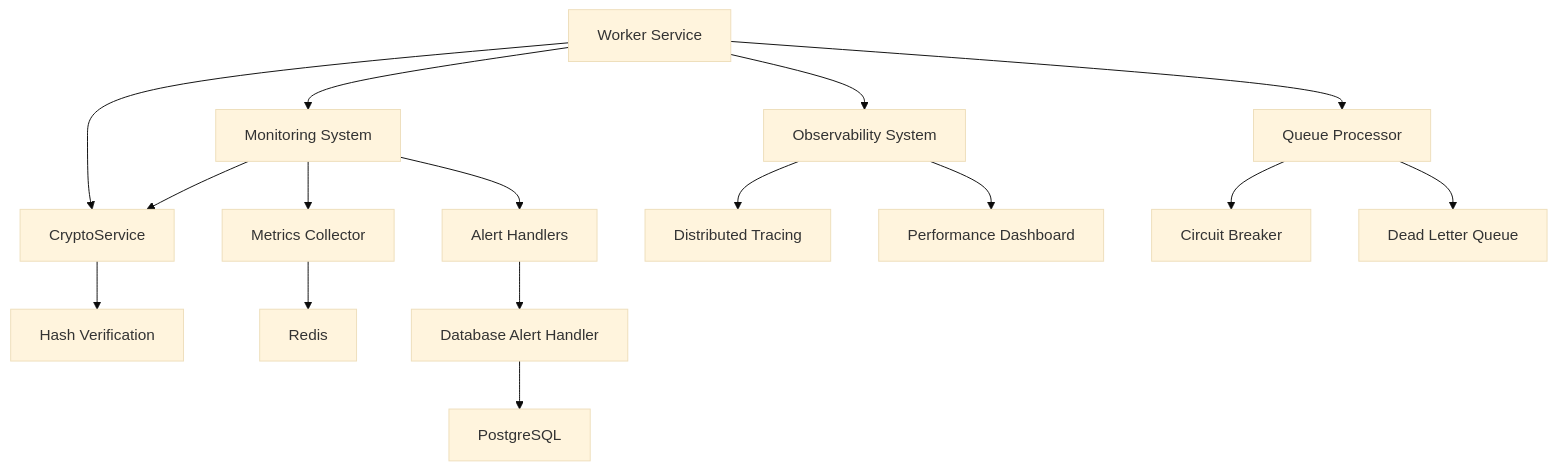
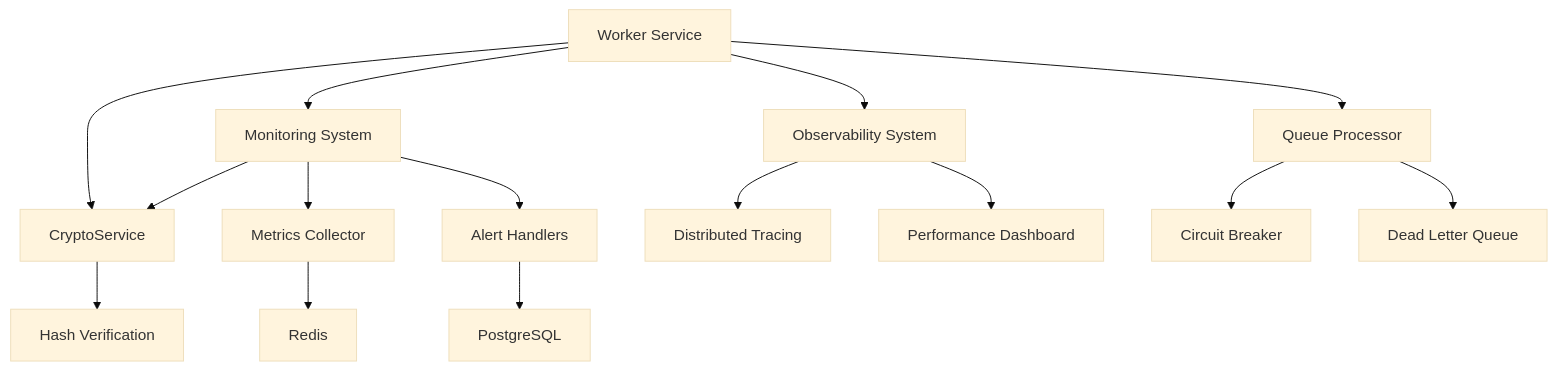
The first of 8 diagrams in .qoder/repowiki/en/content/Worker Service.md (smedrec/smart-logs), drawn with Mermaid (base theme) before and after one commit. The commit also changed other lines of this file and 8 other files, not shown here.

````diff
--- a/.qoder/repowiki/en/content/Worker Service.md
+++ b/.qoder/repowiki/en/content/Worker Service.md
@@ -57,18 +58,17 @@
 ```mermaid
 graph TD
 A[Worker Service] --> B[Monitoring System]
 A --> C[Observability System]
 A --> D[Queue Processor]
 A --> E[CryptoService]
 B --> E
 B --> F[Metrics Collector]
 B --> G[Alert Handlers]
 C --> H[Distributed Tracing]
 C --> I[Performance Dashboard]
 D --> J[Circuit Breaker]
 D --> K[Dead Letter Queue]
 E --> L[Hash Verification]
 F --> M[Redis]
-G --> N[Database Alert Handler]
-N --> O[PostgreSQL]
+G --> N[PostgreSQL]
 ```
````
